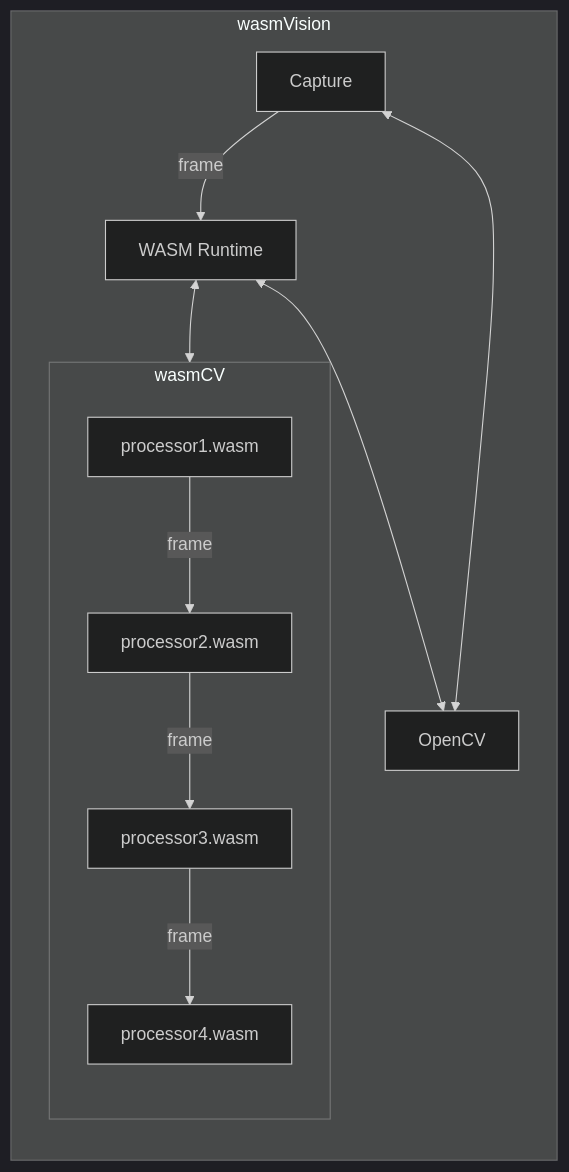
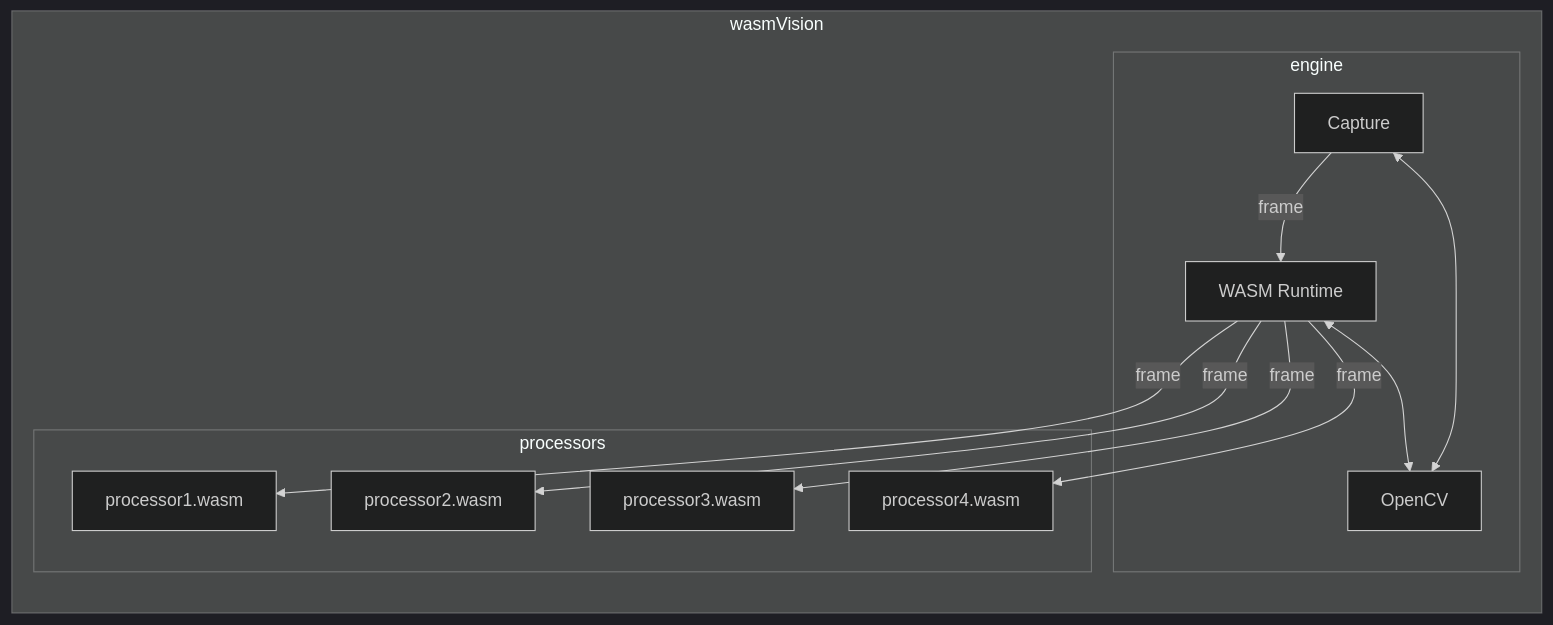
One commit to wasmvision/wasmvision changed the diagram in README.md. Above: the diagram before and after it, drawn with Mermaid (dark theme). The commit also changed other lines of this file and 1 other file, not shown here.

Commit message:
docs: update diagrams for clarity

````diff
--- a/README.md
+++ b/README.md
@@ -52,14 +52,18 @@
 ```mermaid
 flowchart LR
     subgraph wasmVision
-        Capture--frame-->Runtime[WASM Runtime]
-        Capture<-->OpenCV
-        Runtime<-->wasmCV
-        Runtime<-->OpenCV
-    end
-    subgraph wasmCV
-        processor1.wasm--frame-->processor2.wasm
-        processor2.wasm--frame-->processor3.wasm
-        processor3.wasm--frame-->processor4.wasm
+        subgraph engine
+            Capture
+            Runtime[WASM Runtime]
+            Capture--frame-->Runtime
+            Capture<-->OpenCV
+            Runtime<-->OpenCV
+        end
+        subgraph processors
+            Runtime--frame-->processor1.wasm
+            Runtime--frame-->processor2.wasm
+            Runtime--frame-->processor3.wasm
+            Runtime--frame-->processor4.wasm
+        end
     end
 ```
````
